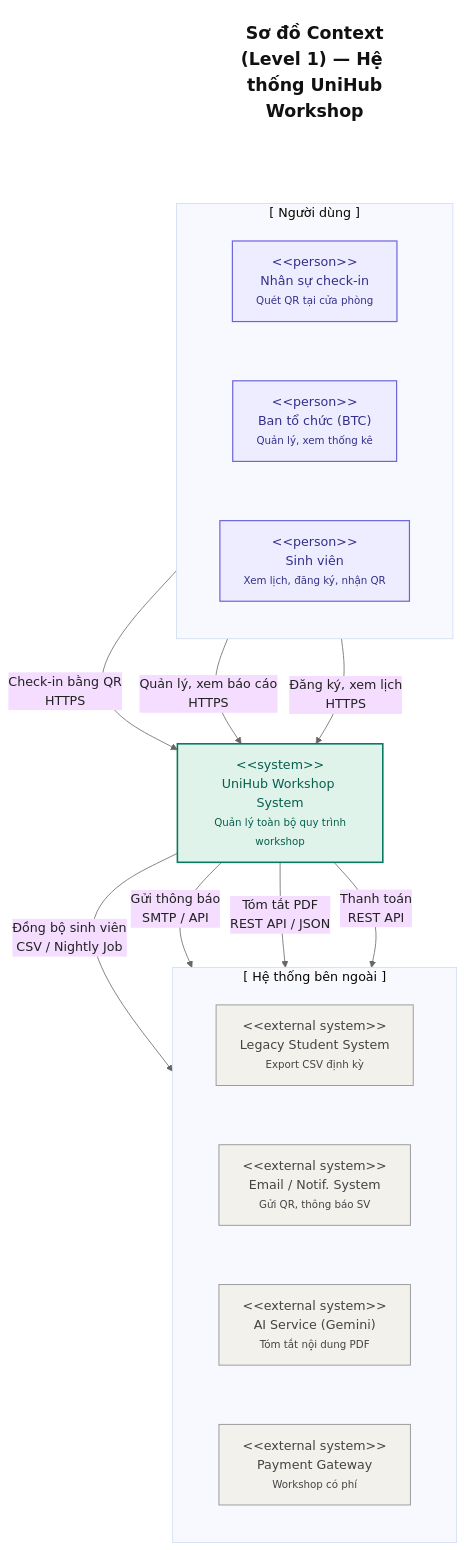
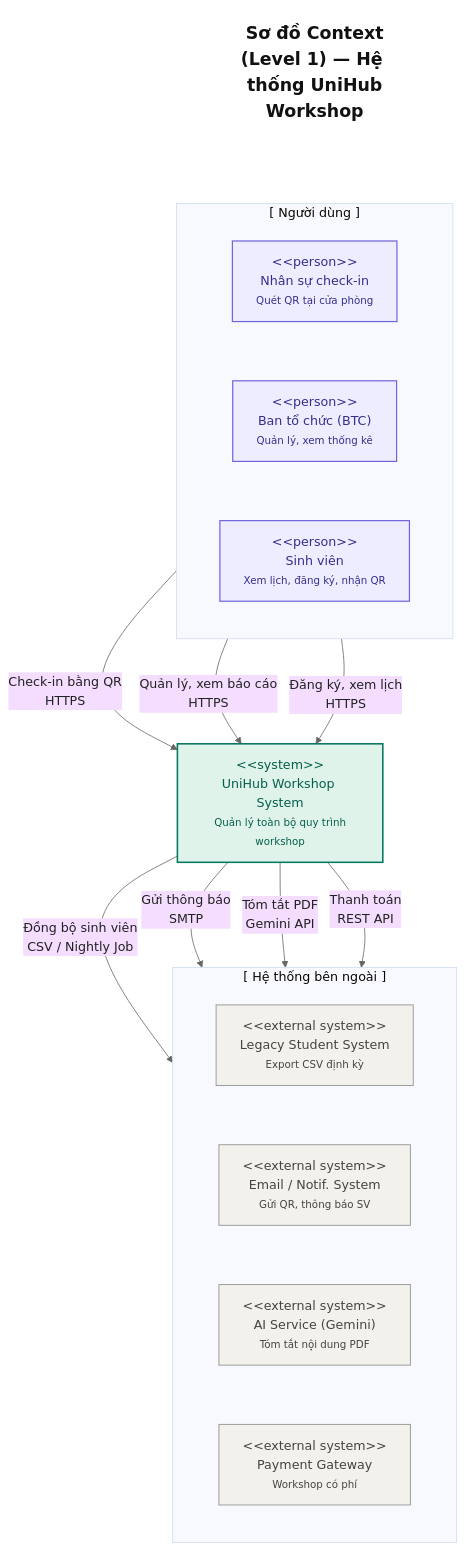
One commit to nvkhai238/UNIHUB changed the first of 5 diagrams in blueprint/design.md. Above: the diagram before and after it, drawn with Mermaid. The commit also changed other lines of this file, not shown here.

Commit message:
docs: update C4 diagrams (Level 1 & 2) to reflect finalized tech stack

````diff
--- a/blueprint/design.md
+++ b/blueprint/design.md
@@ -52,54 +52,54 @@
 ```mermaid
 %%{init: {  "theme": "base",  "flowchart": {    "curve": "basis",    "nodeSpacing": 75,    "rankSpacing": 85  },  "themeVariables": {    "fontFamily": "Arial",    "primaryTextColor": "#222",    "lineColor": "#666"  }}}%%
 flowchart TB
     %% ================= TITLE =================
     title["Sơ đồ Context<br/>(Level 1) — Hệ thống UniHub<br/>Workshop"]
 
     %% ================= USER AREA =================
     subgraph USERS["[ Người dùng ]"]
         direction LR
         checkinStaff["&lt;&lt;person&gt;&gt;<br/>Nhân sự check-in<br/><span style='font-size:13px'>Quét QR tại cửa phòng</span>"]
         organizer["&lt;&lt;person&gt;&gt;<br/>Ban tổ chức (BTC)<br/><span style='font-size:13px'>Quản lý, xem thống kê</span>"]
         student["&lt;&lt;person&gt;&gt;<br/>Sinh viên<br/><span style='font-size:13px'>Xem lịch, đăng ký, nhận QR</span>"]
     end
 
     %% ================= MAIN SYSTEM =================
     unihub["&lt;&lt;system&gt;&gt;<br/>UniHub Workshop System<br/><span style='font-size:13px'>Quản lý toàn bộ quy trình<br/>workshop</span>"]
 
     %% ================= EXTERNAL SYSTEM AREA =================
     subgraph EXTERNALS["[ Hệ thống bên ngoài ]"]
         direction LR
         legacy["&lt;&lt;external system&gt;&gt;<br/>Legacy Student System<br/><span style='font-size:13px'>Export CSV định kỳ</span>"]
         email["&lt;&lt;external system&gt;&gt;<br/>Email / Notif. System<br/><span style='font-size:13px'>Gửi QR, thông báo SV</span>"]
         ai["&lt;&lt;external system&gt;&gt;<br/>AI Service (Gemini)<br/><span style='font-size:13px'>Tóm tắt nội dung PDF</span>"]
         payment["&lt;&lt;external system&gt;&gt;<br/>Payment Gateway<br/><span style='font-size:13px'>Workshop có phí</span>"]
     end
 
     %% ================= INVISIBLE LAYOUT LINKS =================
     title ~~~ USERS
     USERS ~~~ unihub
     unihub ~~~ EXTERNALS
 
     %% ================= REAL RELATIONSHIPS =================
     checkinStaff -->|Check-in bằng QR<br/>HTTPS| unihub
     organizer -->|Quản lý, xem báo cáo<br/>HTTPS| unihub
     student -->|Đăng ký, xem lịch<br/>HTTPS| unihub
     
     %% ĐÃ SỬA: Thay đổi hướng mũi tên từ UniHub sang Legacy
     unihub -->|Đồng bộ sinh viên<br/>CSV / Nightly Job| legacy
     
-    unihub -->|Gửi thông báo<br/>SMTP / API| email
-    unihub -->|Tóm tắt PDF<br/>REST API / JSON| ai
+    unihub -->|Gửi thông báo<br/>SMTP| email
+    unihub -->|Tóm tắt PDF<br/>Gemini API| ai
     unihub -->|Thanh toán<br/>REST API| payment
 
     %% ================= STYLES =================
     classDef titleStyle fill:transparent,stroke:transparent,color:#111,font-size:22px,font-weight:bold;
     classDef person fill:#eeecff,stroke:#6c63d9,stroke-width:1.5px,color:#34308a;
     classDef system fill:#dff3eb,stroke:#08785f,stroke-width:2px,color:#065f4b;
     classDef externalSystem fill:#f3f1ec,stroke:#999,stroke-width:1.2px,color:#444;
 
     class title titleStyle;
     class checkinStaff,organizer,student person;
     class unihub system;
     class legacy,email,ai,payment externalSystem;
 ```
````
